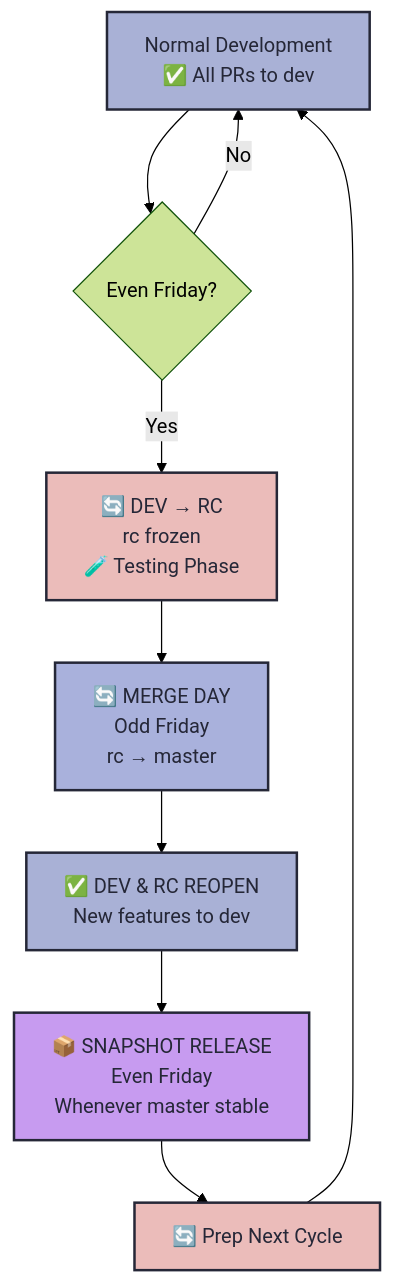
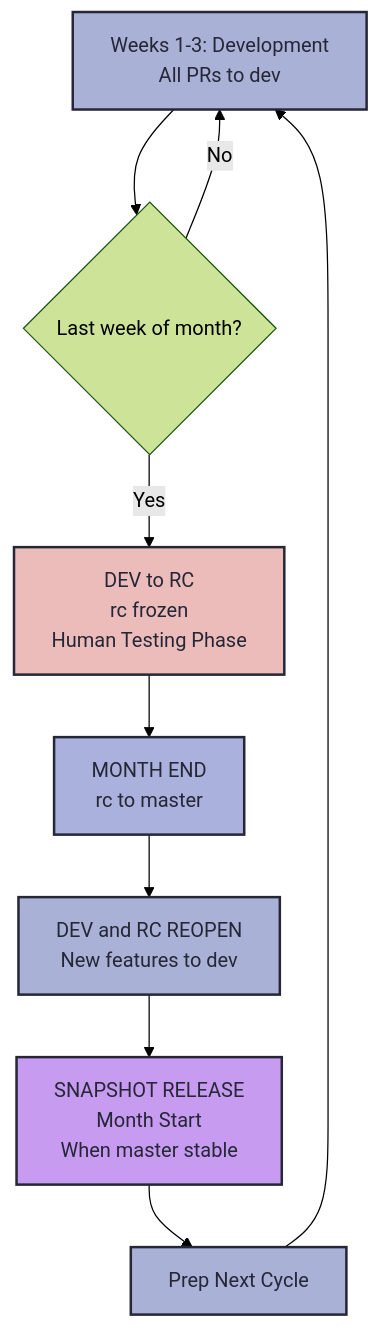
Before and after one commit to zeerayne/HyDE: the first of 3 diagrams in RELEASE_POLICY.md, drawn with Mermaid (forest theme). The commit also changed other lines of this file, not shown here.

First line of the commit message:
Change release policy to monthly schedule

````diff
--- a/RELEASE_POLICY.md
+++ b/RELEASE_POLICY.md
@@ -78,19 +80,22 @@
 ```mermaid
 graph TD
-    A[Normal Development<br/>✅ All PRs to dev] --> B{Even Friday?}
-    B -->|Yes| C[🔄 DEV → RC<br/>rc frozen<br/>🧪 Testing Phase]
+    A[Weeks 1-3: Development<br/>All PRs to dev] --> B{Last week of month?}
+    B -->|Yes| C[DEV to RC<br/>rc frozen<br/>Human Testing Phase]
     B -->|No| A
-    
-    C --> D[🔄 MERGE DAY<br/>Odd Friday<br/>rc → master]
-    D --> E[✅ DEV & RC REOPEN<br/>New features to dev]
-    E --> F[📦 SNAPSHOT RELEASE<br/>Even Friday<br/>Whenever master stable]
-    F --> G[🔄 Prep Next Cycle]
+
+    C --> D[MONTH END<br/>rc to master]
+    D --> E[DEV and RC REOPEN<br/>New features to dev]
+    E --> F[SNAPSHOT RELEASE<br/>Month Start<br/>When master stable]
+    F --> G[Prep Next Cycle]
     G --> A
-    
-    style A fill:#a9b1d6,stroke:#252737,stroke-width:2px,color:#252737
-    style C fill:#ebbcba,stroke:#252737,stroke-width:2px,color:#252737
-    style D fill:#a9b1dc,stroke:#252737,stroke-width:2px,color:#252737
-    style E fill:#a9b1d6,stroke:#252737,stroke-width:2px,color:#252737
-    style F fill:#c79bf0,stroke:#252737,stroke-width:2px,color:#252737
-    style G fill:#ebbcba,stroke:#252737,stroke-width:2px,color:#252737
+
+    classDef dev fill:#a9b1d6,stroke:#252737,stroke-width:2px,color:#252737
+    classDef freeze fill:#ebbcba,stroke:#252737,stroke-width:2px,color:#252737
+    classDef merge fill:#a9b1dc,stroke:#252737,stroke-width:2px,color:#252737
+    classDef release fill:#c79bf0,stroke:#252737,stroke-width:2px,color:#252737
+
+    class A,E,G dev
+    class C freeze
+    class D merge
+    class F release
 ```
````
